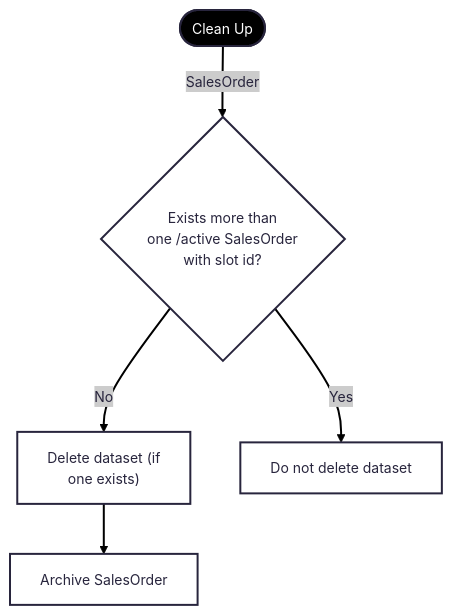
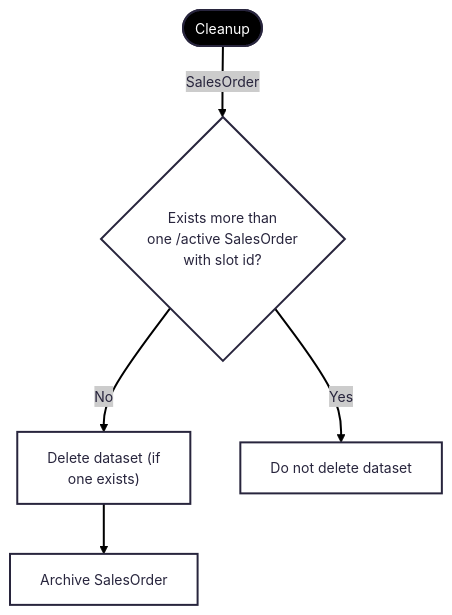
Before and after one commit to logos-storage/logos-storage-research: diagram 17 of 19 in design/sales2.md, drawn with Mermaid. The commit also changed other lines of this file, not shown here.

````diff
--- a/design/sales2.md
+++ b/design/sales2.md
@@ -638,17 +773,17 @@
 ```mermaid
 ---
 config:
   theme: redux
 ---
 flowchart TB
-    CleanUp(["Clean Up"]) --"SalesOrder"-->
+    Cleanup(["Cleanup"]) --"SalesOrder"-->
     ExistsMultiple{"Exists more than<br>one /active SalesOrder<br>with slot id?"} -- "No" -->
     Delete["Delete dataset (if<br>one exists)"] -->
     Archive["Archive SalesOrder"]
 
     ExistsMultiple -- "Yes" -->
     DoNotDelete["Do not delete dataset"]
 
-     CleanUp:::start
+     Cleanup:::start
     classDef start fill:#000000, color:#FFFFFF
 ```
````
